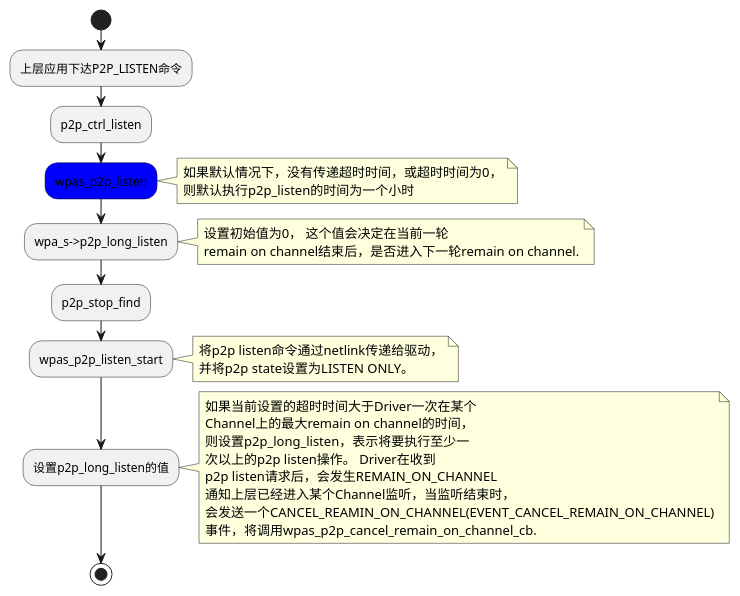
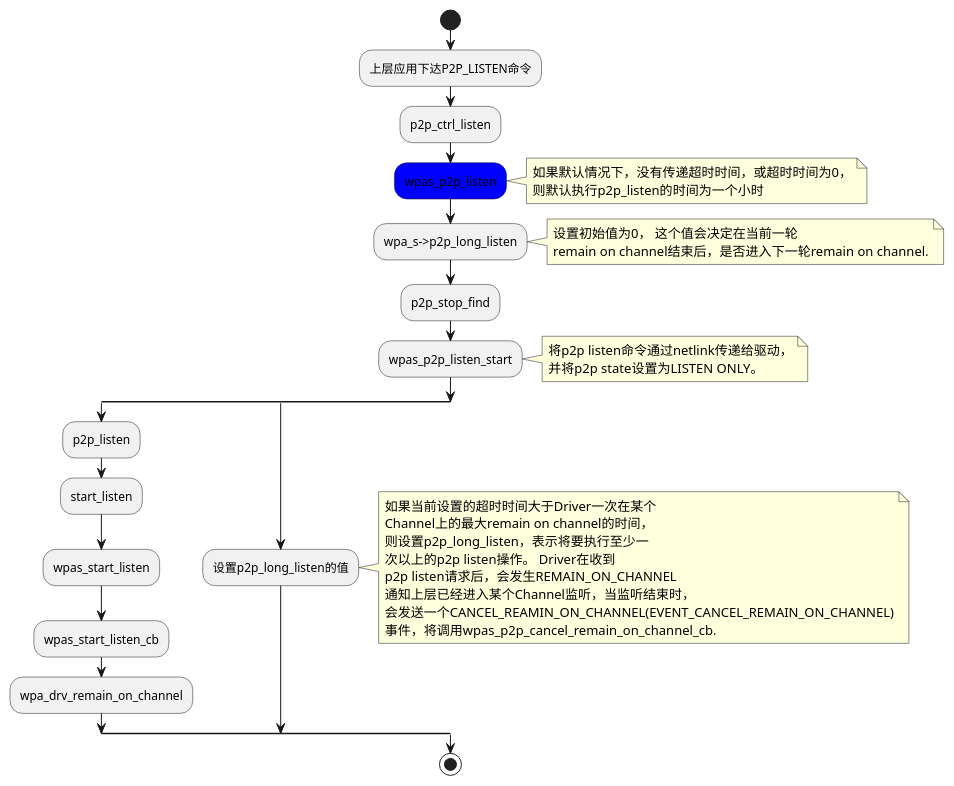
Diagram 14 of 17 in org/draft/wpa_supplicant学习要点记录.org (fuyajun1983cn/myplayground), drawn with PlantUML before and after one commit. The commit also changed other lines of this file and 58 other files, not shown here.

```diff
--- a/org/draft/wpa_supplicant学习要点记录.org
+++ b/org/draft/wpa_supplicant学习要点记录.org
@@ -1571,36 +1649,44 @@
       #+BEGIN_SRC plantuml :file ./images/2016/2016061001.png :cmdline -charset UTF-8
         title =p2p_listen= 流程
         @startuml
         start
         :上层应用下达P2P_LISTEN命令;
         :p2p_ctrl_listen;
         #Blue:wpas_p2p_listen;
         note right
         如果默认情况下，没有传递超时时间，或超时时间为0，
         则默认执行p2p_listen的时间为一个小时
         end note
         :wpa_s->p2p_long_listen;
         note right
         设置初始值为0， 这个值会决定在当前一轮
         remain on channel结束后，是否进入下一轮remain on channel.
         end note
         :p2p_stop_find;
         :wpas_p2p_listen_start;
         note right
         将p2p listen命令通过netlink传递给驱动，
         并将p2p state设置为LISTEN ONLY。
         end note
+        split
+        :p2p_listen;
+        :start_listen;
+        :wpas_start_listen;
+        :wpas_start_listen_cb;
+        :wpa_drv_remain_on_channel;
+        split again
         :设置p2p_long_listen的值;
         note right
         如果当前设置的超时时间大于Driver一次在某个
         Channel上的最大remain on channel的时间，
         则设置p2p_long_listen，表示将要执行至少一
         次以上的p2p listen操作。 Driver在收到
         p2p listen请求后，会发生REMAIN_ON_CHANNEL
         通知上层已经进入某个Channel监听，当监听结束时，
         会发送一个CANCEL_REAMIN_ON_CHANNEL(EVENT_CANCEL_REMAIN_ON_CHANNEL)
         事件，将调用wpas_p2p_cancel_remain_on_channel_cb.
         end note
+        end split
         stop
         @enduml      
       #+END_SRC
```
